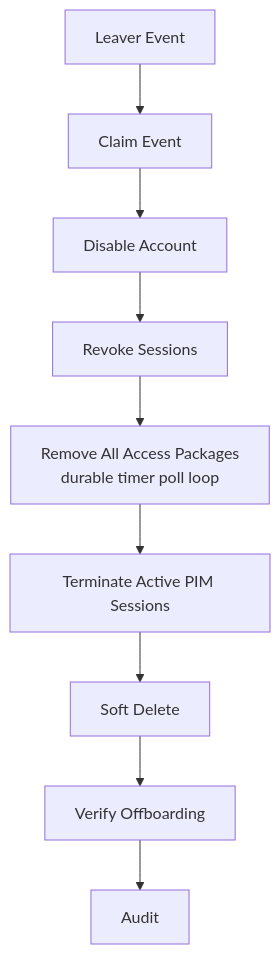
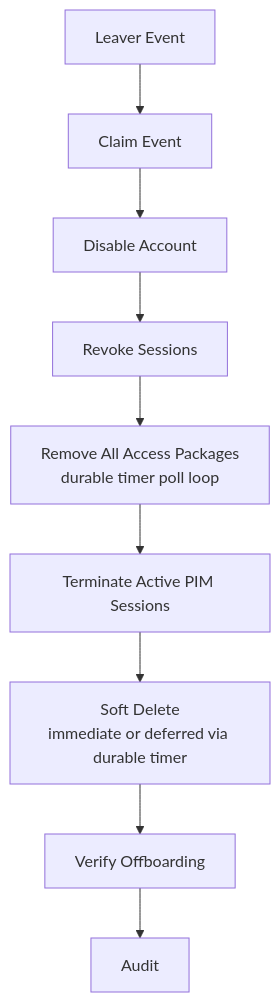
The third of 5 diagrams in READme.md (donhenzo/JML-EnigneV2), drawn with Mermaid before and after one commit. The commit also changed other lines of this file and 1 other file, not shown here.

````diff
--- a/READme.md
+++ b/READme.md
@@ -75,11 +75,11 @@
 ```mermaid
 flowchart TD
     LE["Leaver Event"] --> CE["Claim Event"]
     CE --> DIS["Disable Account"]
     DIS --> REV["Revoke Sessions"]
     REV --> REM["Remove All Access Packages<br/>durable timer poll loop"]
     REM --> PIM["Terminate Active PIM Sessions"]
-    PIM --> SD["Soft Delete"]
+    PIM --> SD["Soft Delete<br/>immediate or deferred via durable timer"]
     SD --> VO["Verify Offboarding"]
     VO --> AUD["Audit"]
 ```
````
